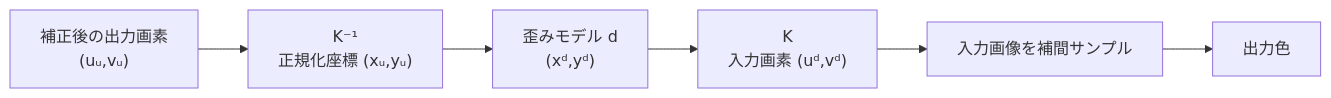
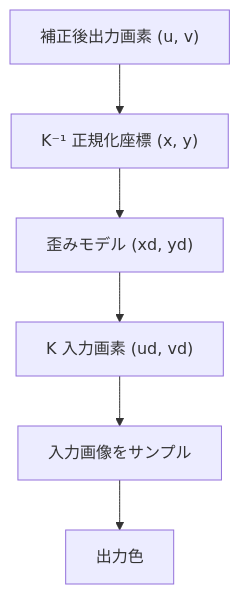
One commit to tokoik/mfcapture changed the second of 2 diagrams in presentation.md. Above: the diagram before and after it, drawn with Mermaid. The commit also changed other lines of this file and 19 other files, not shown here.

````diff
--- a/presentation.md
+++ b/presentation.md
@@ -313,8 +240,8 @@
 ```mermaid
-flowchart LR
-    O["補正後の出力画素<br/>(uᵤ,vᵤ)"] --> N["K⁻¹<br/>正規化座標 (xᵤ,yᵤ)"]
-    N --> M["歪みモデル d<br/>(xᵈ,yᵈ)"]
-    M --> P["K<br/>入力画素 (uᵈ,vᵈ)"]
-    P --> S["入力画像を補間サンプル"]
+flowchart TD
+    O["補正後出力画素 (u, v)"] --> N["K⁻¹ 正規化座標 (x, y)"]
+    N --> M["歪みモデル (xd, yd)"]
+    M --> P["K 入力画素 (ud, vd)"]
+    P --> S["入力画像をサンプル"]
     S --> O2["出力色"]
 ```
````
